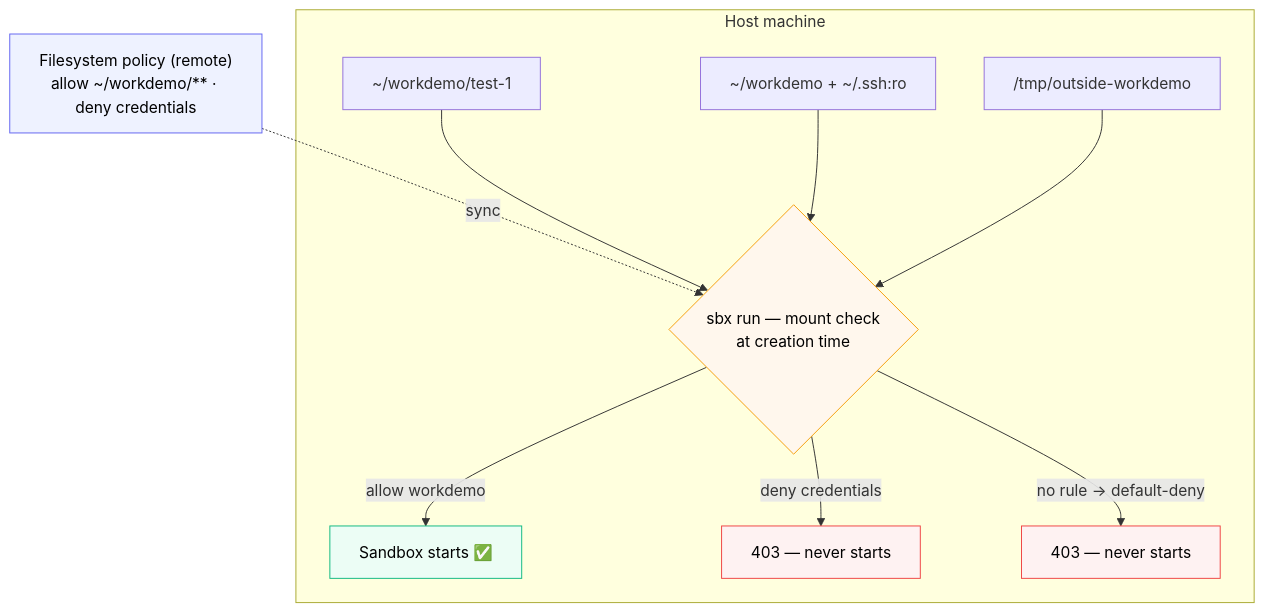
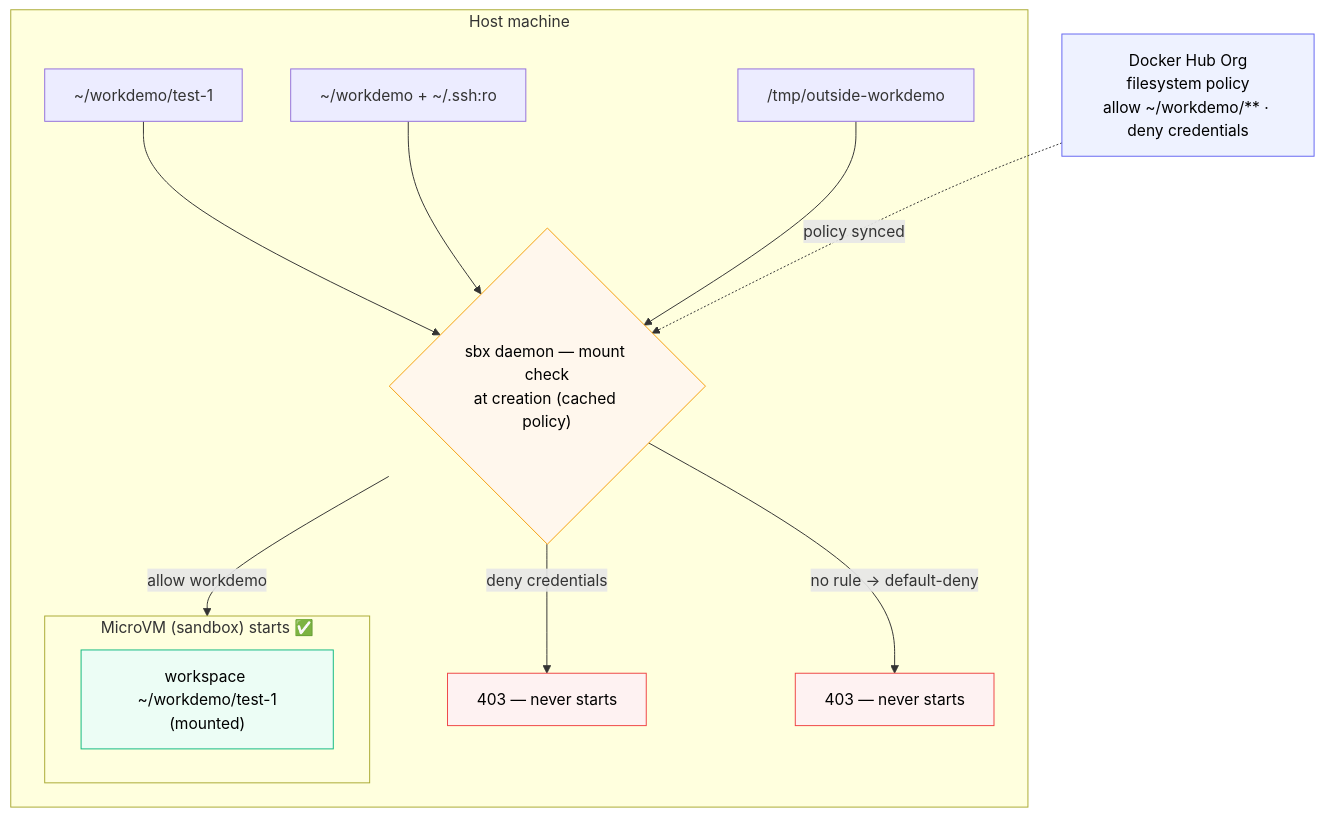
Before and after one commit to ajeetraina/labspace-docker-ai-governance: the diagram in labspace/04-filesystem-demo.md, drawn with Mermaid. The commit also changed 6 other files, not shown here.

First line of the commit message:
Strengthen runtime diagrams: host, MicroVM, mounted workspace, policy

````diff
--- a/labspace/04-filesystem-demo.md
+++ b/labspace/04-filesystem-demo.md
@@ -3,22 +3,26 @@
 ```mermaid
 flowchart TB
-    HUB["Filesystem policy (remote)<br/>allow ~/workdemo/** · deny credentials"] -. sync .-> CHK
+    HUB["Docker Hub Org<br/>filesystem policy<br/>allow ~/workdemo/** · deny credentials"]
     subgraph HOST["Host machine"]
         T1["~/workdemo/test-1"] --> CHK
         T2["~/workdemo + ~/.ssh:ro"] --> CHK
         T3["/tmp/outside-workdemo"] --> CHK
-        CHK{"sbx run — mount check<br/>at creation time"}
-        CHK -->|"allow workdemo"| OK["Sandbox starts ✅"]
+        CHK{"sbx daemon — mount check<br/>at creation (cached policy)"}
+        CHK -->|"allow workdemo"| VM
         CHK -->|"deny credentials"| X1["403 — never starts"]
         CHK -->|"no rule → default-deny"| X2["403 — never starts"]
+        subgraph VM["MicroVM (sandbox) starts ✅"]
+            WS["workspace ~/workdemo/test-1<br/>(mounted)"]
+        end
     end
+    HUB -. "policy synced" .-> CHK
 
     classDef hub fill:#eef2ff,stroke:#6366f1,color:#000
     classDef pol fill:#fff7ed,stroke:#f59e0b,color:#000
     classDef ok fill:#ecfdf5,stroke:#10b981,color:#000
     classDef deny fill:#fef2f2,stroke:#ef4444,color:#000
     class HUB hub
     class CHK pol
-    class OK ok
+    class WS ok
     class X1,X2 deny
 ```
````
